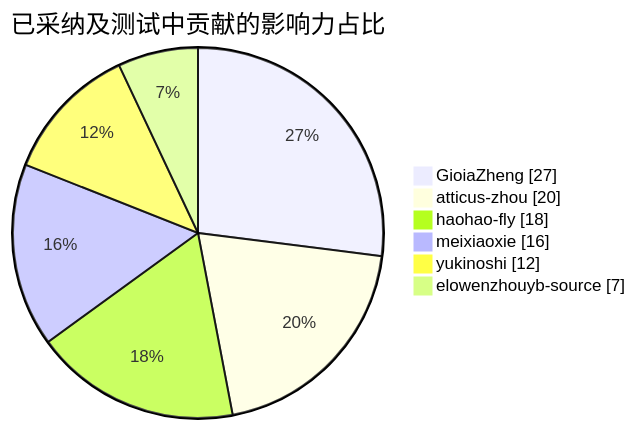
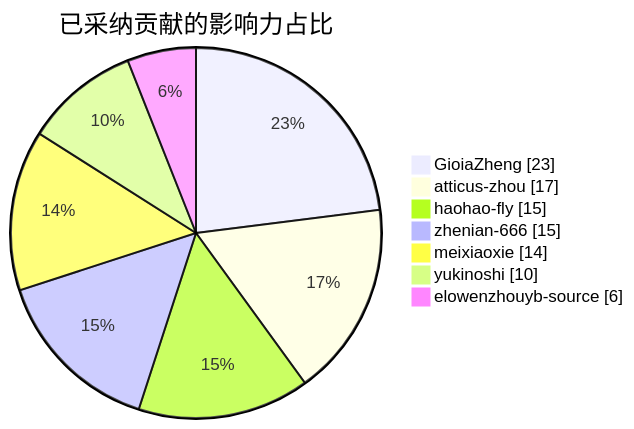
One commit to Spades6/BossHunter changed the diagram in README.md. Above: the diagram before and after it, drawn with Mermaid. The commit also changed other lines of this file and 9 other files, not shown here.

````diff
--- a/README.md
+++ b/README.md
@@ -455,10 +472,11 @@
 ```mermaid
 pie showData
-    title 已采纳及测试中贡献的影响力占比
-    "GioiaZheng" : 27
-    "atticus-zhou" : 20
-    "haohao-fly" : 18
-    "meixiaoxie" : 16
-    "yukinoshi" : 12
-    "elowenzhouyb-source" : 7
+    title 已采纳贡献的影响力占比
+    "GioiaZheng" : 23
+    "atticus-zhou" : 17
+    "haohao-fly" : 15
+    "zhenian-666" : 15
+    "meixiaoxie" : 14
+    "yukinoshi" : 10
+    "elowenzhouyb-source" : 6
 ```
````
